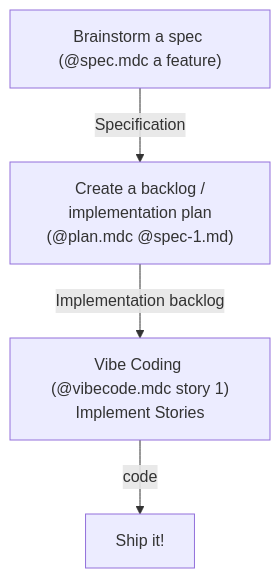
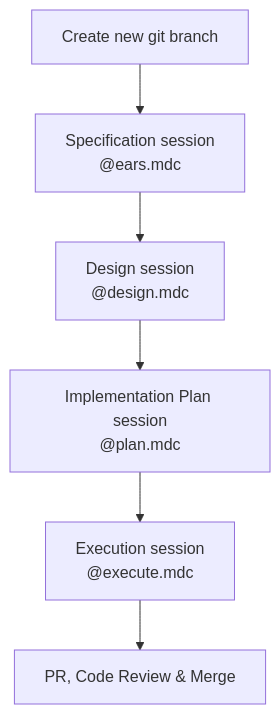
The diagram in README.md (gertalot/cursor-rules), drawn with Mermaid before and after one commit. The commit also changed other lines of this file and 15 other files, not shown here.

````diff
--- a/README.md
+++ b/README.md
@@ -88,7 +74,8 @@
 ```mermaid
-flowchart TD
-    C["Brainstorm a spec (@spec.mdc a feature)"]
-    C --> | Specification | D["Create a backlog /<br/> implementation plan (@plan.mdc @spec-1.md)"]
-    D --> | Implementation backlog | E["Vibe Coding (@vibecode.mdc story 1)<br/>Implement Stories"]
-    E --> | code | G["Ship it!"]
+graph TD
+    A[Create new git branch] --> B[Specification session<br/>@ears.mdc]
+    B --> C[Design session<br/>@design.mdc]
+    C --> D[Implementation Plan session<br/>@plan.mdc]
+    D --> E[Execution session<br/>@execute.mdc]
+    E --> F[PR, Code Review & Merge]
 ```
````
